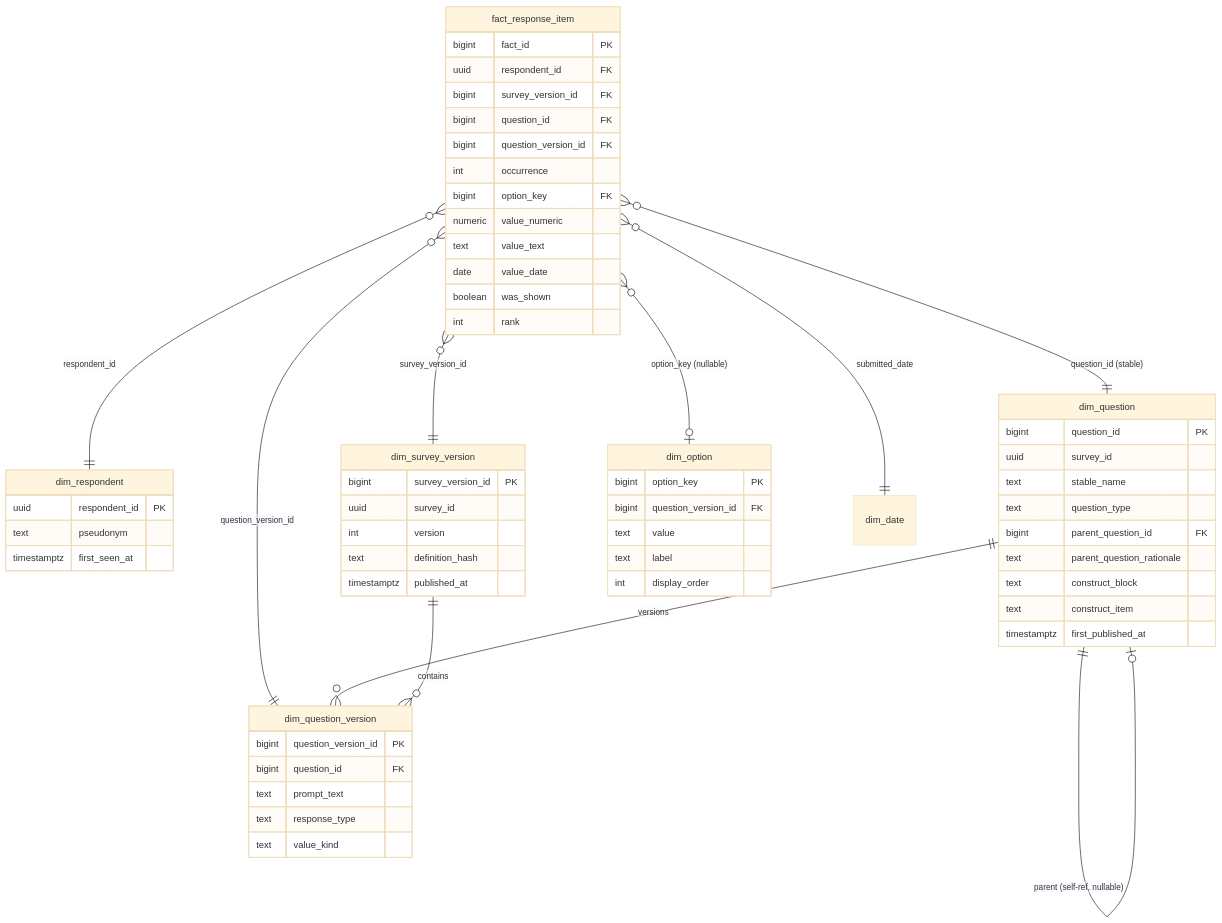
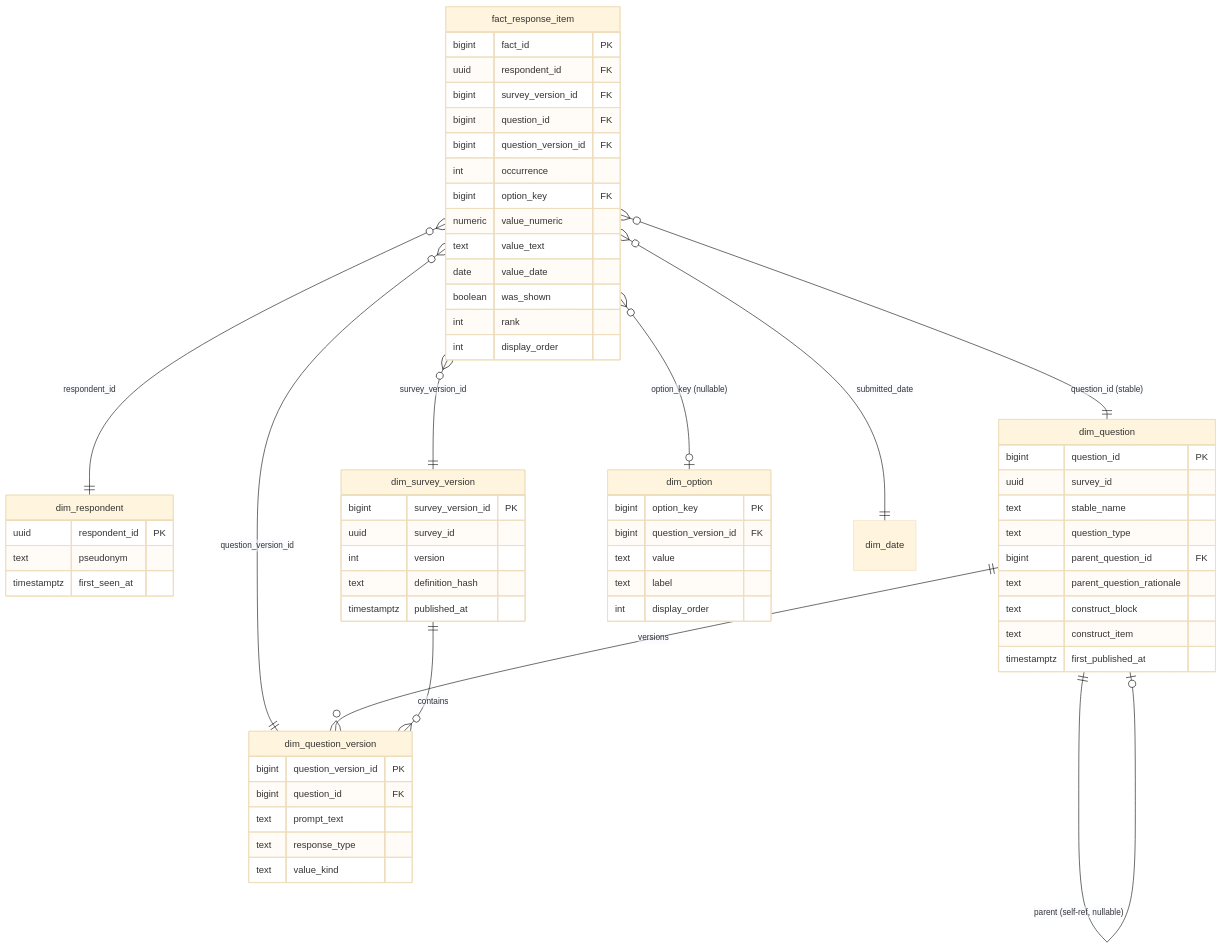
Before and after one commit to DrCatHicks/stele: the second of 4 diagrams in survey-engine-design-doc.md, drawn with Mermaid (base theme). The commit also changed other lines of this file and 4 other files, not shown here.

````diff
--- a/survey-engine-design-doc.md
+++ b/survey-engine-design-doc.md
@@ -256,65 +260,66 @@
 ```mermaid
 erDiagram
     fact_response_item }o--|| dim_respondent : "respondent_id"
     fact_response_item }o--|| dim_survey_version : "survey_version_id"
     fact_response_item }o--|| dim_question : "question_id (stable)"
     fact_response_item }o--|| dim_question_version : "question_version_id"
     fact_response_item }o--o| dim_option : "option_key (nullable)"
     fact_response_item }o--|| dim_date : "submitted_date"
 
     dim_question ||--o{ dim_question_version : "versions"
     dim_question ||--o| dim_question : "parent (self-ref, nullable)"
     dim_survey_version ||--o{ dim_question_version : "contains"
 
     dim_respondent {
         uuid respondent_id PK
         text pseudonym
         timestamptz first_seen_at
     }
     dim_survey_version {
         bigint survey_version_id PK
         uuid survey_id
         int version
         text definition_hash
         timestamptz published_at
     }
     dim_question {
         bigint question_id PK
         uuid survey_id
         text stable_name
         text question_type
         bigint parent_question_id FK
         text parent_question_rationale
         text construct_block
         text construct_item
         timestamptz first_published_at
     }
     dim_question_version {
         bigint question_version_id PK
         bigint question_id FK
         text prompt_text
         text response_type
         text value_kind
     }
     dim_option {
         bigint option_key PK
         bigint question_version_id FK
         text value
         text label
         int display_order
     }
     fact_response_item {
         bigint fact_id PK
         uuid respondent_id FK
         bigint survey_version_id FK
         bigint question_id FK
         bigint question_version_id FK
         int occurrence
         bigint option_key FK
         numeric value_numeric
         text value_text
         date value_date
         boolean was_shown
         int rank
+        int display_order
     }
 ```
````
